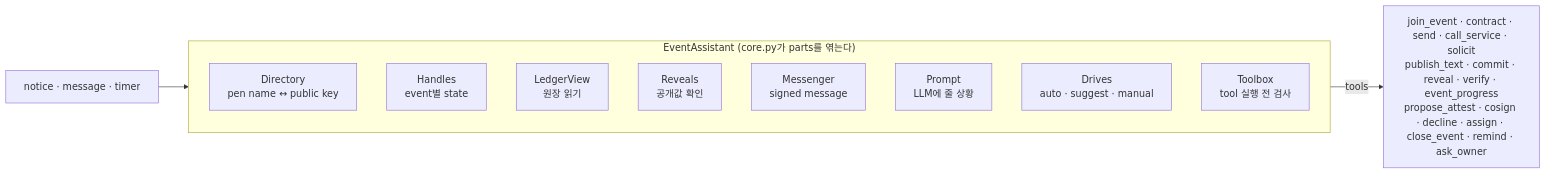
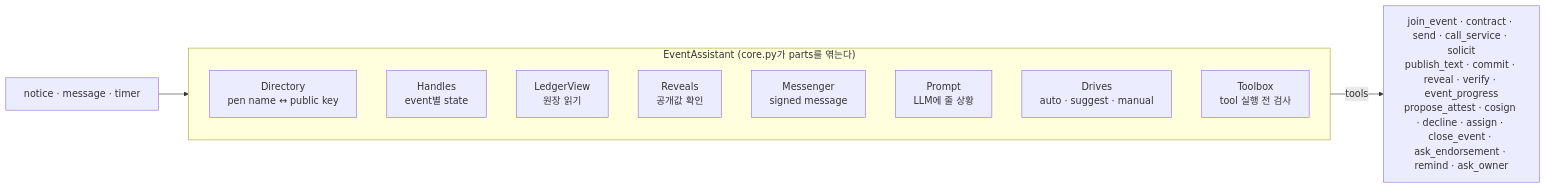
Before and after one commit to tanminkwan/share-ur-tokens: diagram 19 of 33 in docs/education.md, drawn with Mermaid. The commit also changed other lines of this file and 43 other files, not shown here.

````diff
--- a/docs/education.md
+++ b/docs/education.md
@@ -466,15 +496,15 @@
 ```mermaid
 flowchart LR
     subgraph EA["EventAssistant (core.py가 parts를 엮는다)"]
         DIR["Directory<br/>pen name ↔ public key"]
         HAN["Handles<br/>event별 state"]
         LV["LedgerView<br/>원장 읽기"]
         RV["Reveals<br/>공개값 확인"]
         MSG["Messenger<br/>signed message"]
         PR["Prompt<br/>LLM에 줄 상황"]
         DR["Drives<br/>auto · suggest · manual"]
         TB["Toolbox<br/>tool 실행 전 검사"]
     end
     N["notice · message · timer"] --> EA
-    EA -->|"tools"| T["join_event · contract · send · call_service · solicit<br/>publish_text · commit · reveal · verify · event_progress<br/>propose_attest · cosign · decline · assign · close_event · remind · ask_owner"]
+    EA -->|"tools"| T["join_event · contract · send · call_service · solicit<br/>publish_text · commit · reveal · verify · event_progress<br/>propose_attest · cosign · decline · assign · close_event · ask_endorsement · remind · ask_owner"]
 ```
````
